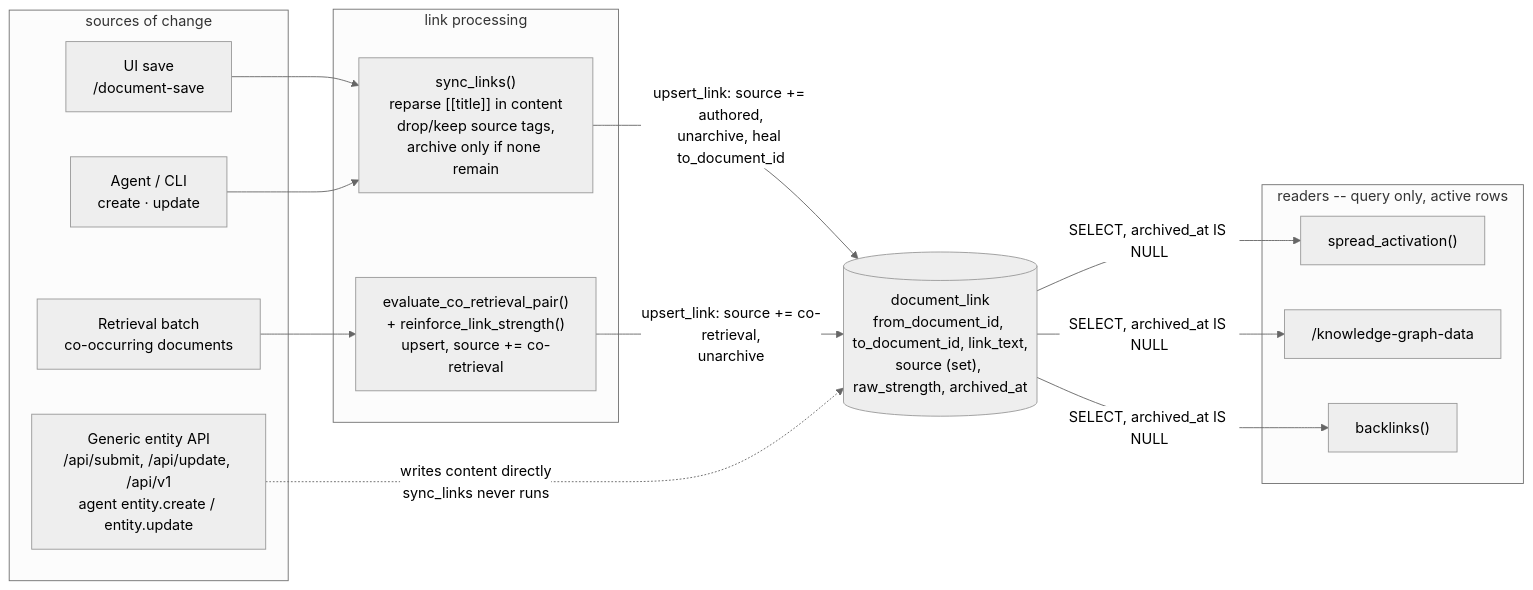
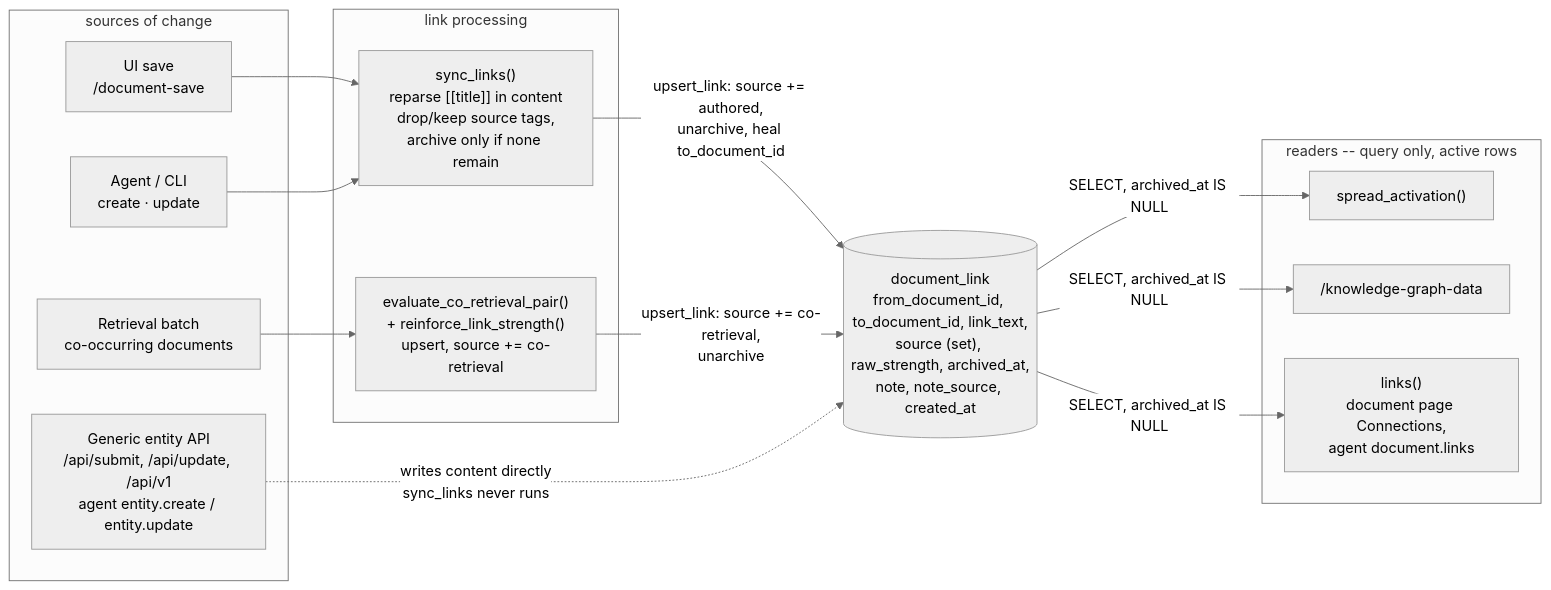
One commit to BenSiv/daat changed the diagram in doc/document-link-flow.md. Above: the diagram before and after it, drawn with Mermaid (neutral theme). The commit also changed other lines of this file and 8 other files, not shown here.

First line of the commit message:
Record why two documents are linked: note column on document_link

````diff
--- a/doc/document-link-flow.md
+++ b/doc/document-link-flow.md
@@ -5,33 +5,33 @@
 ```mermaid
 flowchart LR
     subgraph SRC["sources of change"]
         A1["UI save<br/>/document-save"]
         A2["Agent / CLI<br/>create &middot; update"]
         A3["Generic entity API<br/>/api/submit, /api/update, /api/v1<br/>agent entity.create / entity.update"]
         A4["Retrieval batch<br/>co-occurring documents"]
     end
 
     subgraph PROC["link processing"]
         P1["sync_links()<br/>reparse [[title]] in content<br/>drop/keep source tags,<br/>archive only if none remain"]
         P2["evaluate_co_retrieval_pair()<br/>+ reinforce_link_strength()<br/>upsert, source += co-retrieval"]
     end
 
-    T[("document_link<br/>from_document_id, to_document_id, link_text,<br/>source (set), raw_strength, archived_at")]
+    T[("document_link<br/>from_document_id, to_document_id, link_text,<br/>source (set), raw_strength, archived_at,<br/>note, note_source, created_at")]
 
     subgraph READ["readers -- query only, active rows"]
         R1["spread_activation()"]
         R2["/knowledge-graph-data"]
-        R3["backlinks()"]
+        R3["links()<br/>document page Connections,<br/>agent document.links"]
     end
 
     A1 --> P1
     A2 --> P1
     A4 --> P2
     P1 -->|upsert_link: source += authored,<br/>unarchive, heal to_document_id| T
     P2 -->|upsert_link: source += co-retrieval,<br/>unarchive| T
     A3 -.->|writes content directly<br/>sync_links never runs| T
 
     T -->|SELECT, archived_at IS NULL| R1
     T -->|SELECT, archived_at IS NULL| R2
     T -->|SELECT, archived_at IS NULL| R3
 ```
````
